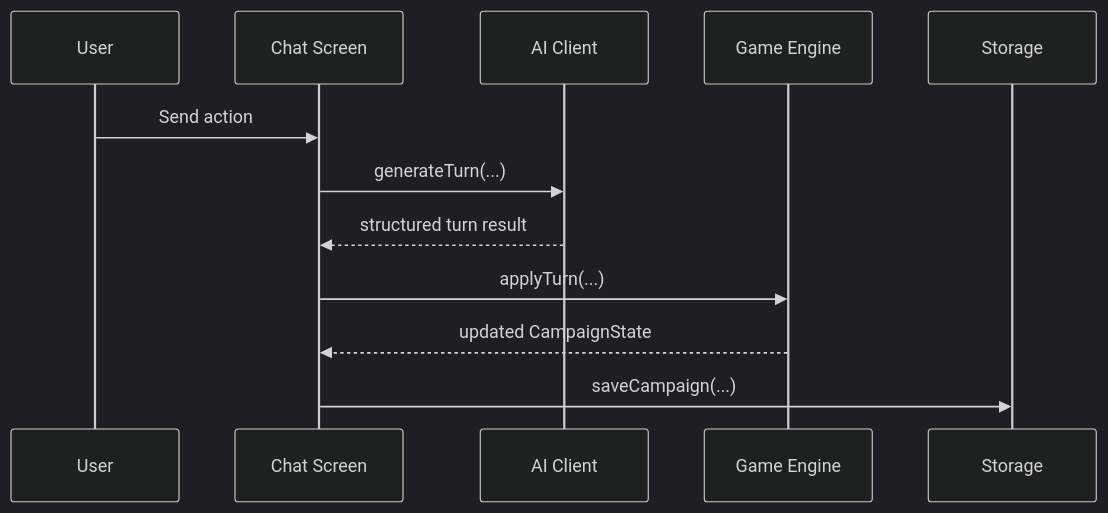
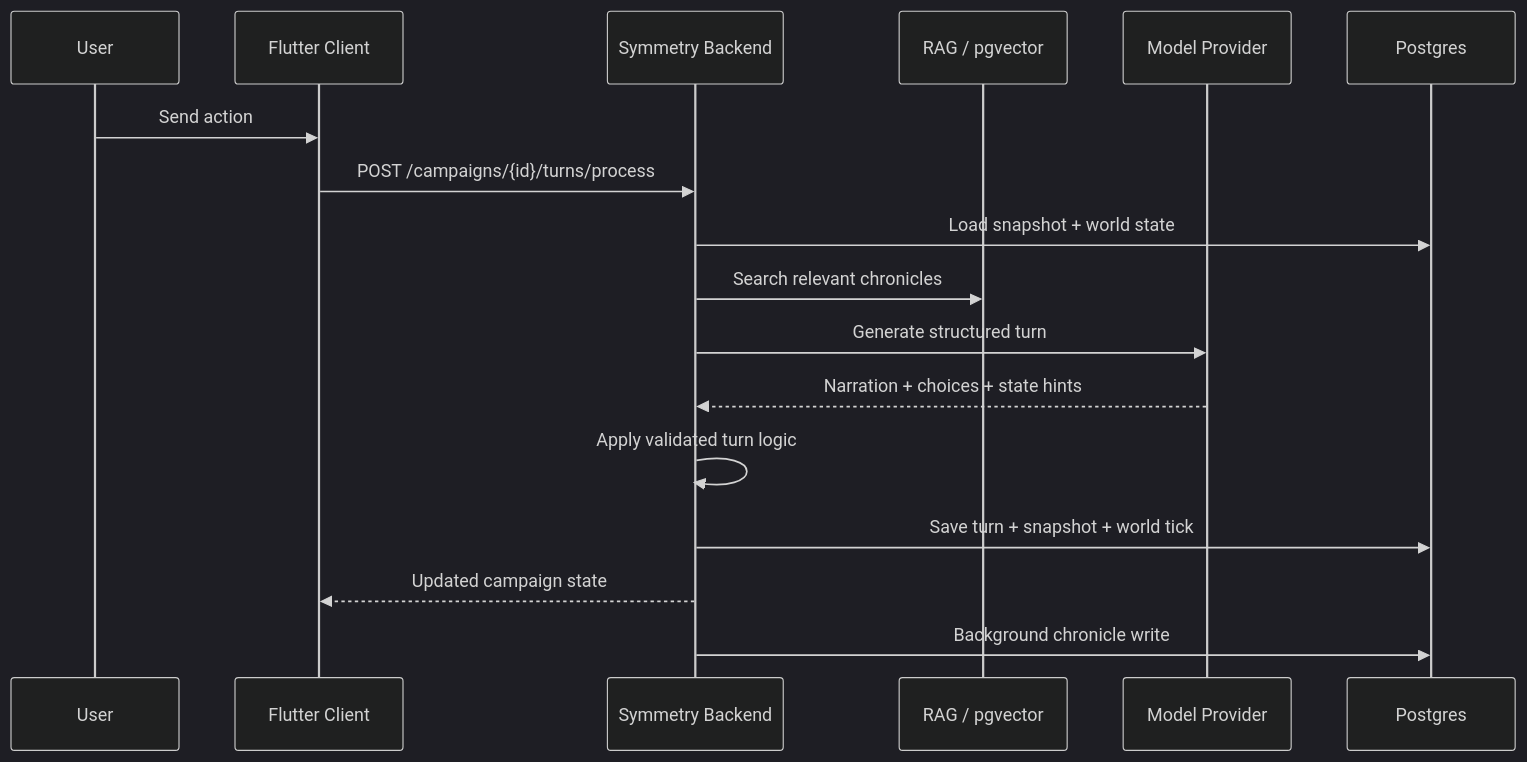
Before and after one commit to svc-alexey/AI_RPG: the third of 3 diagrams in Architecture.md, drawn with Mermaid (dark theme). The commit also changed other lines of this file and 108 other files, not shown here.

Commit message:
Implement server-first symmetry backend and remove legacy local flow

````diff
--- a/Architecture.md
+++ b/Architecture.md
@@ -60,15 +144,20 @@
 ```mermaid
 sequenceDiagram
     participant U as User
-    participant C as Chat Screen
-    participant A as AI Client
-    participant E as Game Engine
-    participant S as Storage
+    participant C as Flutter Client
+    participant B as Symmetry Backend
+    participant R as RAG / pgvector
+    participant M as Model Provider
+    participant P as Postgres
 
     U->>C: Send action
-    C->>A: generateTurn(...)
-    A-->>C: structured turn result
-    C->>E: applyTurn(...)
-    E-->>C: updated CampaignState
-    C->>S: saveCampaign(...)
+    C->>B: POST /campaigns/{id}/turns/process
+    B->>P: Load snapshot + world state
+    B->>R: Search relevant chronicles
+    B->>M: Generate structured turn
+    M-->>B: Narration + choices + state hints
+    B->>B: Apply validated turn logic
+    B->>P: Save turn + snapshot + world tick
+    B-->>C: Updated campaign state
+    B->>P: Background chronicle write
 ```
````
